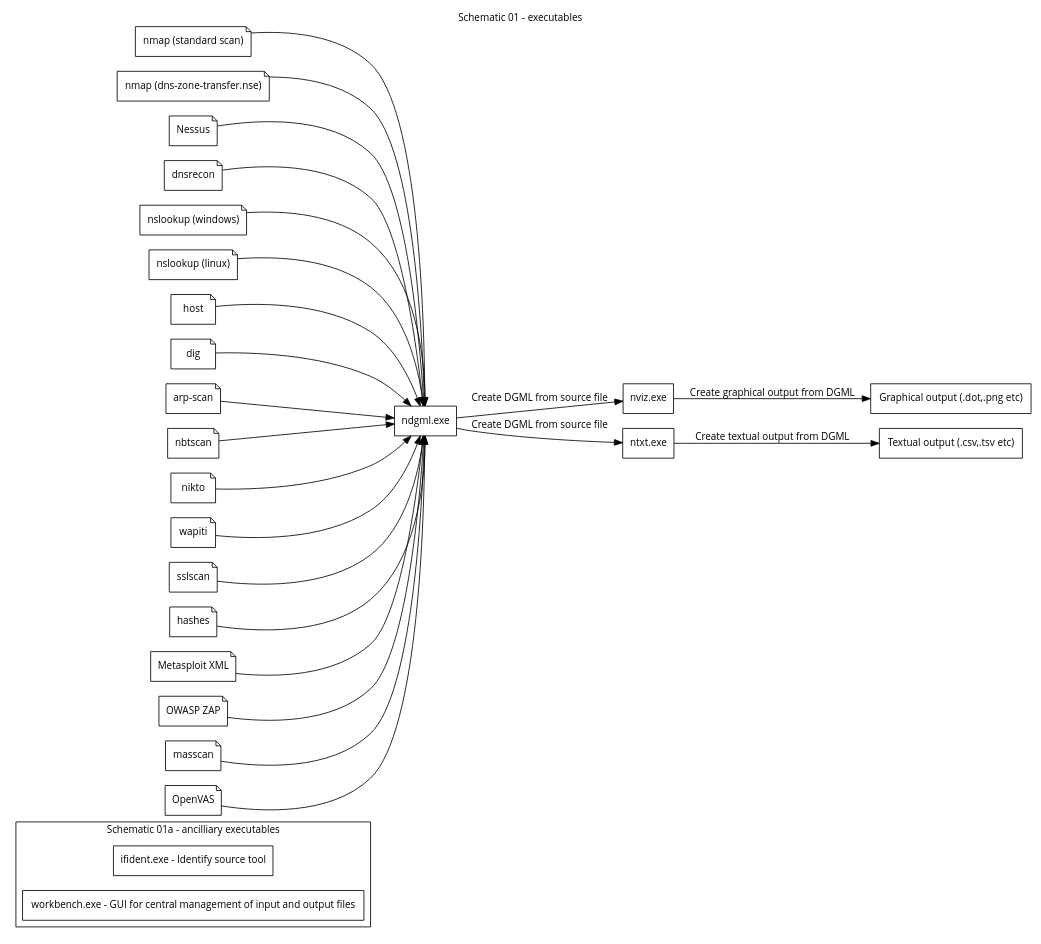
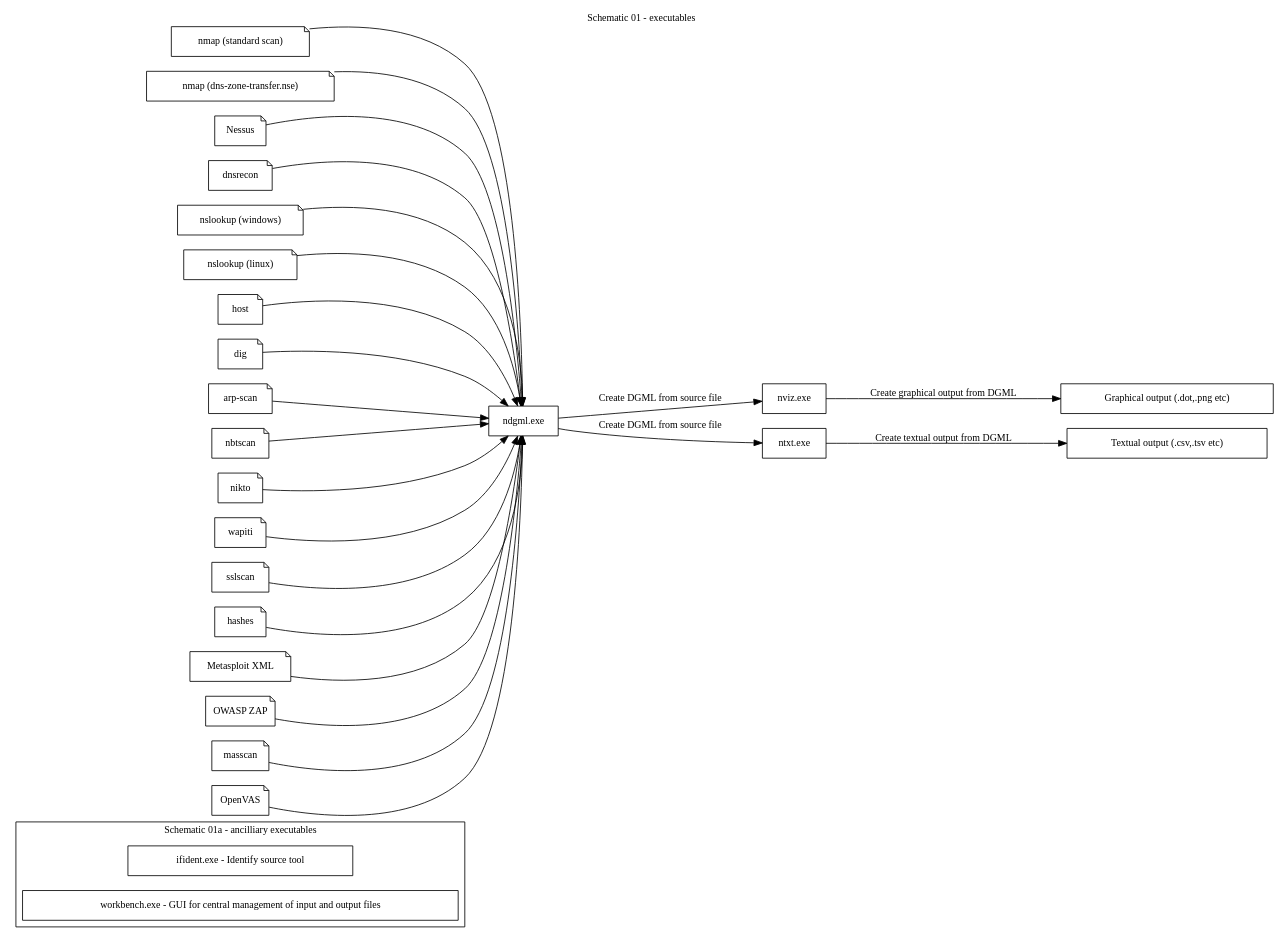
Before and after one commit to damiengolding/PenetrationTestNextGeneration: the diagram in docs/diagrams/schematic_01.dot, drawn with Graphviz. The commit also changed 92 other files, not shown here.

```diff
--- a/docs/diagrams/schematic_01.dot
+++ b/docs/diagrams/schematic_01.dot
@@ -1,66 +1,66 @@
 strict digraph schematic_01{
 	rankdir=LR;
-	graph [fontname="Open Sans",fontsize="12"];
+	graph [fontname="Consolas",fontsize="12"];
 	compound=true;labelloc="t";label="Schematic 01 - executables";
 
 	subgraph ancillary{
 		cluster=true;
 		rankdir=LR;
 		shape=folder;
 		compound=true;labelloc="t";label="Schematic 01a - ancilliary executables";
 		
-		ifident [shape=box,fontcolor="Black",color="#000000",fontname="Open Sans",fontsize="12",label="ifident.exe - Identify source tool",style="solid"];
-		workbench [shape=box,fontcolor="Black",color="#000000",fontname="Open Sans",fontsize="12",label="workbench.exe - GUI for central management of input and output files",style="solid"];
+		ifident [shape=box,fontcolor="Black",color="#000000",fontname="Consolas",fontsize="12",label="ifident.exe - Identify source tool",style="solid"];
+		workbench [shape=box,fontcolor="Black",color="#000000",fontname="Consolas",fontsize="12",label="workbench.exe - GUI for central management of input and output files",style="solid"];
 	}
 
 	// Nodes
-	ndgml [shape=box,fontcolor="Black",color="#000000",fontname="Open Sans",fontsize="12",label="ndgml.exe",style="solid"];
-	nviz [shape=box,fontcolor="Black",color="#000000",fontname="Open Sans",fontsize="12",label="nviz.exe",style="solid"];
-	ntxt [shape=box,fontcolor="Black",color="#000000",fontname="Open Sans",fontsize="12",label="ntxt.exe",style="solid"];
-	goutput [shape=box,fontcolor="Black",color="#000000",fontname="Open Sans",fontsize="12",label="Graphical output (.dot,.png etc)",style="solid"];
-	toutput [shape=box,fontcolor="Black",color="#000000",fontname="Open Sans",fontsize="12",label="Textual output (.csv,.tsv etc)",style="solid"];
-	input_01 [shape=note,fontcolor="Black",color="#000000",fontname="Open Sans",fontsize="12",label="nmap (standard scan)",style="solid"];
-	input_02 [shape=note,fontcolor="Black",color="#000000",fontname="Open Sans",fontsize="12",label="nmap (dns-zone-transfer.nse)",style="solid"];
-	input_03 [shape=note,fontcolor="Black",color="#000000",fontname="Open Sans",fontsize="12",label="Nessus",style="solid"];
-	input_04 [shape=note,fontcolor="Black",color="#000000",fontname="Open Sans",fontsize="12",label="dnsrecon",style="solid"];
-	input_05 [shape=note,fontcolor="Black",color="#000000",fontname="Open Sans",fontsize="12",label="nslookup (windows)",style="solid"];
-	input_06 [shape=note,fontcolor="Black",color="#000000",fontname="Open Sans",fontsize="12",label="nslookup (linux)",style="solid"];
-	input_07 [shape=note,fontcolor="Black",color="#000000",fontname="Open Sans",fontsize="12",label="host",style="solid"];
-	input_08 [shape=note,fontcolor="Black",color="#000000",fontname="Open Sans",fontsize="12",label="dig",style="solid"];
-	input_09 [shape=note,fontcolor="Black",color="#000000",fontname="Open Sans",fontsize="12",label="arp-scan",style="solid"];
-	input_10 [shape=note,fontcolor="Black",color="#000000",fontname="Open Sans",fontsize="12",label="nbtscan",style="solid"];
-	input_11 [shape=note,fontcolor="Black",color="#000000",fontname="Open Sans",fontsize="12",label="nikto",style="solid"];
-	input_12 [shape=note,fontcolor="Black",color="#000000",fontname="Open Sans",fontsize="12",label="wapiti",style="solid"];
-	input_13 [shape=note,fontcolor="Black",color="#000000",fontname="Open Sans",fontsize="12",label="sslscan",style="solid"];
-	input_14 [shape=note,fontcolor="Black",color="#000000",fontname="Open Sans",fontsize="12",label="hashes",style="solid"];
-	input_15 [shape=note,fontcolor="Black",color="#000000",fontname="Open Sans",fontsize="12",label="Metasploit XML",style="solid"];
-	input_16 [shape=note,fontcolor="Black",color="#000000",fontname="Open Sans",fontsize="12",label="OWASP ZAP",style="solid"];
-	input_17 [shape=note,fontcolor="Black",color="#000000",fontname="Open Sans",fontsize="12",label="masscan",style="solid"];
-	input_18 [shape=note,fontcolor="Black",color="#000000",fontname="Open Sans",fontsize="12",label="OpenVAS",style="solid"];
+	ndgml [shape=box,fontcolor="Black",color="#000000",fontname="Consolas",fontsize="12",label="ndgml.exe",style="solid"];
+	nviz [shape=box,fontcolor="Black",color="#000000",fontname="Consolas",fontsize="12",label="nviz.exe",style="solid"];
+	ntxt [shape=box,fontcolor="Black",color="#000000",fontname="Consolas",fontsize="12",label="ntxt.exe",style="solid"];
+	goutput [shape=box,fontcolor="Black",color="#000000",fontname="Consolas",fontsize="12",label="Graphical output (.dot,.png etc)",style="solid"];
+	toutput [shape=box,fontcolor="Black",color="#000000",fontname="Consolas",fontsize="12",label="Textual output (.csv,.tsv etc)",style="solid"];
+	input_01 [shape=note,fontcolor="Black",color="#000000",fontname="Consolas",fontsize="12",label="nmap (standard scan)",style="solid"];
+	input_02 [shape=note,fontcolor="Black",color="#000000",fontname="Consolas",fontsize="12",label="nmap (dns-zone-transfer.nse)",style="solid"];
+	input_03 [shape=note,fontcolor="Black",color="#000000",fontname="Consolas",fontsize="12",label="Nessus",style="solid"];
+	input_04 [shape=note,fontcolor="Black",color="#000000",fontname="Consolas",fontsize="12",label="dnsrecon",style="solid"];
+	input_05 [shape=note,fontcolor="Black",color="#000000",fontname="Consolas",fontsize="12",label="nslookup (windows)",style="solid"];
+	input_06 [shape=note,fontcolor="Black",color="#000000",fontname="Consolas",fontsize="12",label="nslookup (linux)",style="solid"];
+	input_07 [shape=note,fontcolor="Black",color="#000000",fontname="Consolas",fontsize="12",label="host",style="solid"];
+	input_08 [shape=note,fontcolor="Black",color="#000000",fontname="Consolas",fontsize="12",label="dig",style="solid"];
+	input_09 [shape=note,fontcolor="Black",color="#000000",fontname="Consolas",fontsize="12",label="arp-scan",style="solid"];
+	input_10 [shape=note,fontcolor="Black",color="#000000",fontname="Consolas",fontsize="12",label="nbtscan",style="solid"];
+	input_11 [shape=note,fontcolor="Black",color="#000000",fontname="Consolas",fontsize="12",label="nikto",style="solid"];
+	input_12 [shape=note,fontcolor="Black",color="#000000",fontname="Consolas",fontsize="12",label="wapiti",style="solid"];
+	input_13 [shape=note,fontcolor="Black",color="#000000",fontname="Consolas",fontsize="12",label="sslscan",style="solid"];
+	input_14 [shape=note,fontcolor="Black",color="#000000",fontname="Consolas",fontsize="12",label="hashes",style="solid"];
+	input_15 [shape=note,fontcolor="Black",color="#000000",fontname="Consolas",fontsize="12",label="Metasploit XML",style="solid"];
+	input_16 [shape=note,fontcolor="Black",color="#000000",fontname="Consolas",fontsize="12",label="OWASP ZAP",style="solid"];
+	input_17 [shape=note,fontcolor="Black",color="#000000",fontname="Consolas",fontsize="12",label="masscan",style="solid"];
+	input_18 [shape=note,fontcolor="Black",color="#000000",fontname="Consolas",fontsize="12",label="OpenVAS",style="solid"];
 	
 	// Edges
-	ndgml->nviz [color="Black",label="Create DGML from source file",fontname="Open Sans",fontsize="12"];
-	ndgml->ntxt [color="Black",label="Create DGML from source file",fontname="Open Sans",fontsize="12"];
-	nviz->goutput [color="Black",label="Create graphical output from DGML",fontname="Open Sans",fontsize="12"];
-	ntxt->toutput [color="Black",label="Create textual output from DGML",fontname="Open Sans",fontsize="12"];
+	ndgml->nviz [color="Black",label="Create DGML from source file",fontname="Consolas",fontsize="12"];
+	ndgml->ntxt [color="Black",label="Create DGML from source file",fontname="Consolas",fontsize="12"];
+	nviz->goutput [color="Black",label="Create graphical output from DGML",fontname="Consolas",fontsize="12"];
+	ntxt->toutput [color="Black",label="Create textual output from DGML",fontname="Consolas",fontsize="12"];
 	
 	input_01->ndgml [color="Black",label=""];
 	input_02->ndgml [color="Black",label=""];
 	input_03->ndgml [color="Black",label=""];
 	input_04->ndgml [color="Black",label=""];
 	input_05->ndgml [color="Black",label=""];
 	input_06->ndgml [color="Black",label=""];
 	input_07->ndgml [color="Black",label=""];
 	input_08->ndgml [color="Black",label=""];
 	input_09->ndgml [color="Black",label=""];
 	input_10->ndgml [color="Black",label=""];
 	input_11->ndgml [color="Black",label=""];
 	input_12->ndgml [color="Black",label=""];
 	input_13->ndgml [color="Black",label=""];
 	input_14->ndgml [color="Black",label=""];
 	input_15->ndgml [color="Black",label=""];
 	input_16->ndgml [color="Black",label=""];
 	input_17->ndgml [color="Black",label=""];
 	input_18->ndgml [color="Black",label=""];
 
 }
```
